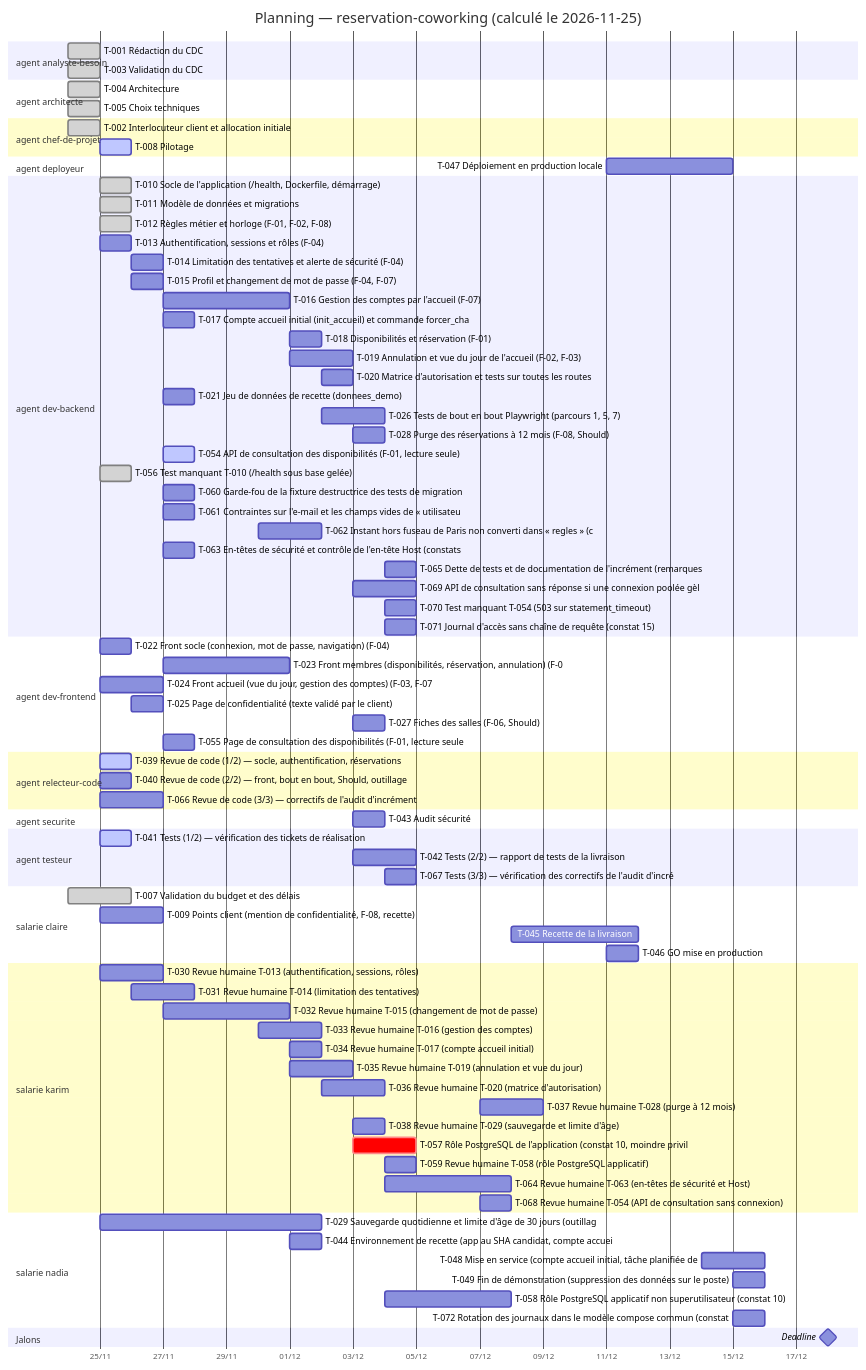
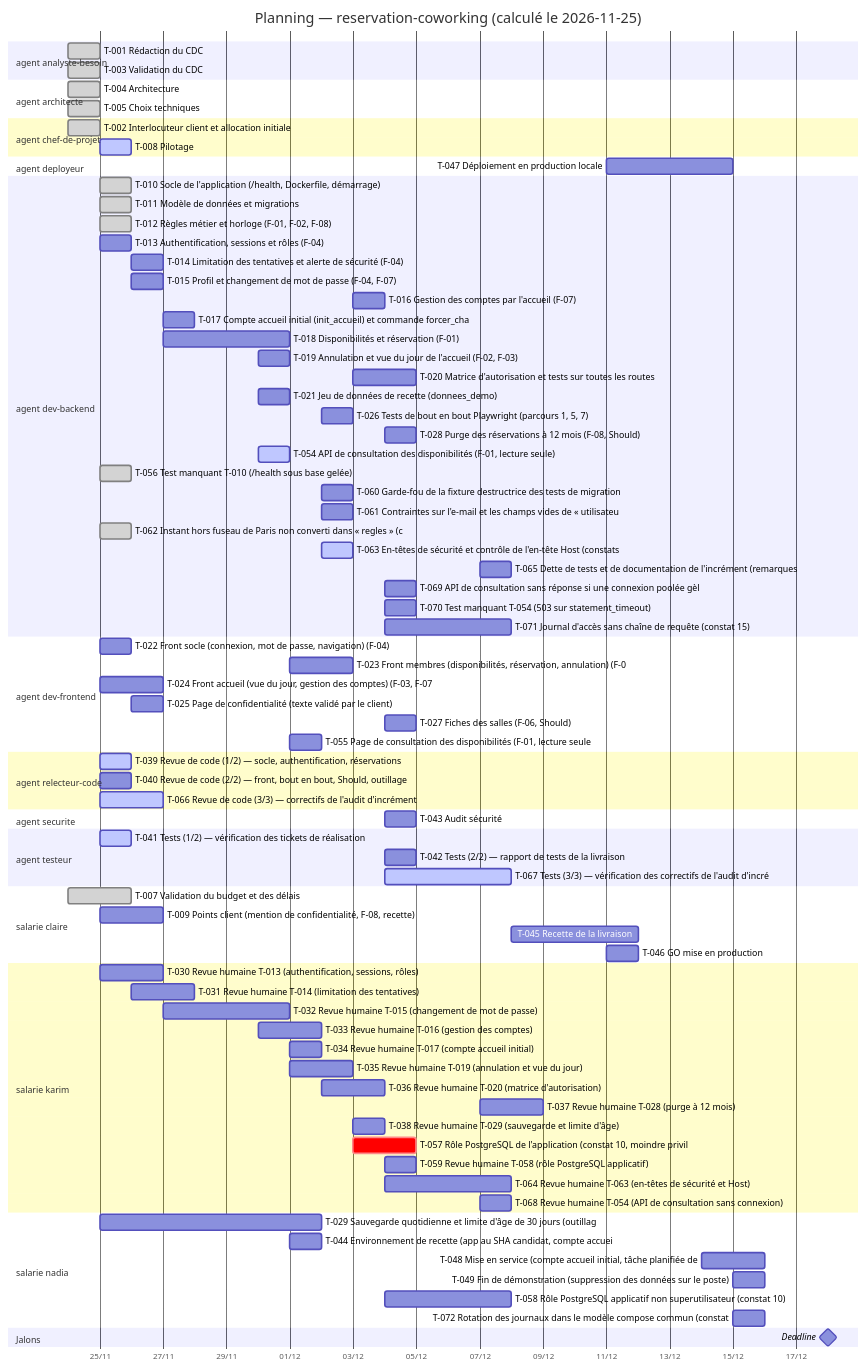
The diagram in projets/reservation-coworking/TABLEAU.md (LopezMat/tpGestionProjet), drawn with Mermaid before and after one commit. The commit also changed other lines of this file and 10 other files, not shown here.

```diff
--- a/projets/reservation-coworking/TABLEAU.md
+++ b/projets/reservation-coworking/TABLEAU.md
@@ -113,41 +113,41 @@
     T-013 Authentification, sessions et rôles (F-04) :t013, 2026-11-25, 2026-11-26
     T-014 Limitation des tentatives et alerte de sécurité (F-04) :t014, 2026-11-26, 2026-11-27
     T-015 Profil et changement de mot de passe (F-04, F-07) :t015, 2026-11-26, 2026-11-27
-    T-016 Gestion des comptes par l'accueil (F-07) :t016, 2026-11-27, 2026-12-01
+    T-016 Gestion des comptes par l'accueil (F-07) :t016, 2026-12-03, 2026-12-04
     T-017 Compte accueil initial (init_accueil) et commande forcer_cha :t017, 2026-11-27, 2026-11-28
-    T-018 Disponibilités et réservation (F-01) :t018, 2026-12-01, 2026-12-02
-    T-019 Annulation et vue du jour de l'accueil (F-02, F-03) :t019, 2026-12-01, 2026-12-03
-    T-020 Matrice d'autorisation et tests sur toutes les routes :t020, 2026-12-02, 2026-12-03
-    T-021 Jeu de données de recette (donnees_demo) :t021, 2026-11-27, 2026-11-28
-    T-026 Tests de bout en bout Playwright (parcours 1, 5, 7) :t026, 2026-12-02, 2026-12-04
-    T-028 Purge des réservations à 12 mois (F-08, Should) :t028, 2026-12-03, 2026-12-04
-    T-054 API de consultation des disponibilités (F-01, lecture seule) :active, t054, 2026-11-27, 2026-11-28
+    T-018 Disponibilités et réservation (F-01) :t018, 2026-11-27, 2026-12-01
+    T-019 Annulation et vue du jour de l'accueil (F-02, F-03) :t019, 2026-11-30, 2026-12-01
+    T-020 Matrice d'autorisation et tests sur toutes les routes :t020, 2026-12-03, 2026-12-05
+    T-021 Jeu de données de recette (donnees_demo) :t021, 2026-11-30, 2026-12-01
+    T-026 Tests de bout en bout Playwright (parcours 1, 5, 7) :t026, 2026-12-02, 2026-12-03
+    T-028 Purge des réservations à 12 mois (F-08, Should) :t028, 2026-12-04, 2026-12-05
+    T-054 API de consultation des disponibilités (F-01, lecture seule) :active, t054, 2026-11-30, 2026-12-01
     T-056 Test manquant T-010 (/health sous base gelée) :done, t056, 2026-11-25, 2026-11-26
-    T-060 Garde-fou de la fixture destructrice des tests de migration  :t060, 2026-11-27, 2026-11-28
-    T-061 Contraintes sur l'e-mail et les champs vides de « utilisateu :t061, 2026-11-27, 2026-11-28
-    T-062 Instant hors fuseau de Paris non converti dans « regles » (c :t062, 2026-11-30, 2026-12-02
-    T-063 En-têtes de sécurité et contrôle de l'en-tête Host (constats :t063, 2026-11-27, 2026-11-28
-    T-065 Dette de tests et de documentation de l'incrément (remarques :t065, 2026-12-04, 2026-12-05
-    T-069 API de consultation sans réponse si une connexion poolée gèl :t069, 2026-12-03, 2026-12-05
+    T-060 Garde-fou de la fixture destructrice des tests de migration  :t060, 2026-12-02, 2026-12-03
+    T-061 Contraintes sur l'e-mail et les champs vides de « utilisateu :t061, 2026-12-02, 2026-12-03
+    T-062 Instant hors fuseau de Paris non converti dans « regles » (c :done, t062, 2026-11-25, 2026-11-26
+    T-063 En-têtes de sécurité et contrôle de l'en-tête Host (constats :active, t063, 2026-12-02, 2026-12-03
+    T-065 Dette de tests et de documentation de l'incrément (remarques :t065, 2026-12-07, 2026-12-08
+    T-069 API de consultation sans réponse si une connexion poolée gèl :t069, 2026-12-04, 2026-12-05
     T-070 Test manquant T-054 (503 sur statement_timeout) :t070, 2026-12-04, 2026-12-05
-    T-071 Journal d'accès sans chaîne de requête (constat 15) :t071, 2026-12-04, 2026-12-05
+    T-071 Journal d'accès sans chaîne de requête (constat 15) :t071, 2026-12-04, 2026-12-08
     section agent dev-frontend
     T-022 Front socle (connexion, mot de passe, navigation) (F-04) :t022, 2026-11-25, 2026-11-26
-    T-023 Front membres (disponibilités, réservation, annulation) (F-0 :t023, 2026-11-27, 2026-12-01
+    T-023 Front membres (disponibilités, réservation, annulation) (F-0 :t023, 2026-12-01, 2026-12-03
     T-024 Front accueil (vue du jour, gestion des comptes) (F-03, F-07 :t024, 2026-11-25, 2026-11-27
     T-025 Page de confidentialité (texte validé par le client) :t025, 2026-11-26, 2026-11-27
-    T-027 Fiches des salles (F-06, Should) :t027, 2026-12-03, 2026-12-04
-    T-055 Page de consultation des disponibilités (F-01, lecture seule :t055, 2026-11-27, 2026-11-28
+    T-027 Fiches des salles (F-06, Should) :t027, 2026-12-04, 2026-12-05
+    T-055 Page de consultation des disponibilités (F-01, lecture seule :t055, 2026-12-01, 2026-12-02
     section agent relecteur-code
     T-039 Revue de code (1/2) — socle, authentification, réservations :active, t039, 2026-11-25, 2026-11-26
     T-040 Revue de code (2/2) — front, bout en bout, Should, outillage :t040, 2026-11-25, 2026-11-26
-    T-066 Revue de code (3/3) — correctifs de l'audit d'incrément :t066, 2026-11-25, 2026-11-27
+    T-066 Revue de code (3/3) — correctifs de l'audit d'incrément :active, t066, 2026-11-25, 2026-11-27
     section agent securite
-    T-043 Audit sécurité :t043, 2026-12-03, 2026-12-04
+    T-043 Audit sécurité :t043, 2026-12-04, 2026-12-05
     section agent testeur
     T-041 Tests (1/2) — vérification des tickets de réalisation :active, t041, 2026-11-25, 2026-11-26
-    T-042 Tests (2/2) — rapport de tests de la livraison :t042, 2026-12-03, 2026-12-05
-    T-067 Tests (3/3) — vérification des correctifs de l'audit d'incré :t067, 2026-12-04, 2026-12-05
+    T-042 Tests (2/2) — rapport de tests de la livraison :t042, 2026-12-04, 2026-12-05
+    T-067 Tests (3/3) — vérification des correctifs de l'audit d'incré :active, t067, 2026-12-04, 2026-12-08
     section salarie claire
     T-007 Validation du budget et des délais :done, t007, 2026-11-24, 2026-11-26
     T-009 Points client (mention de confidentialité, F-08, recette) :t009, 2026-11-25, 2026-11-27
```
